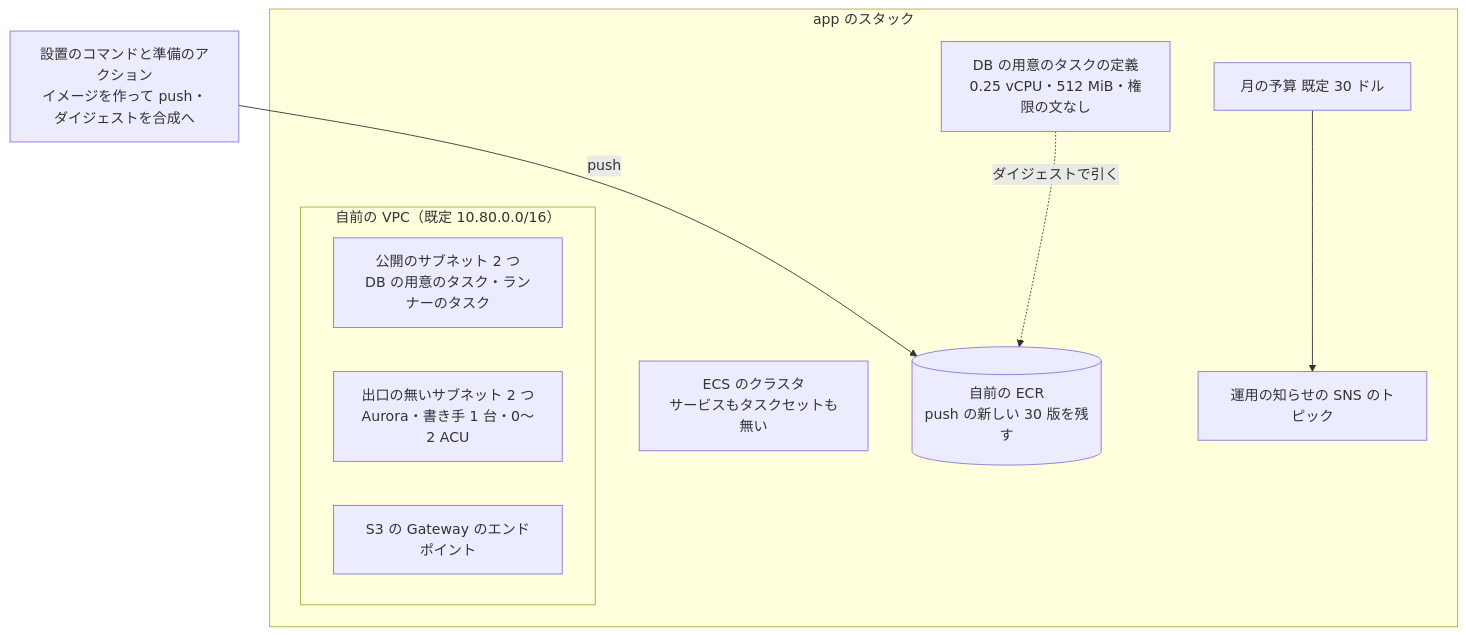
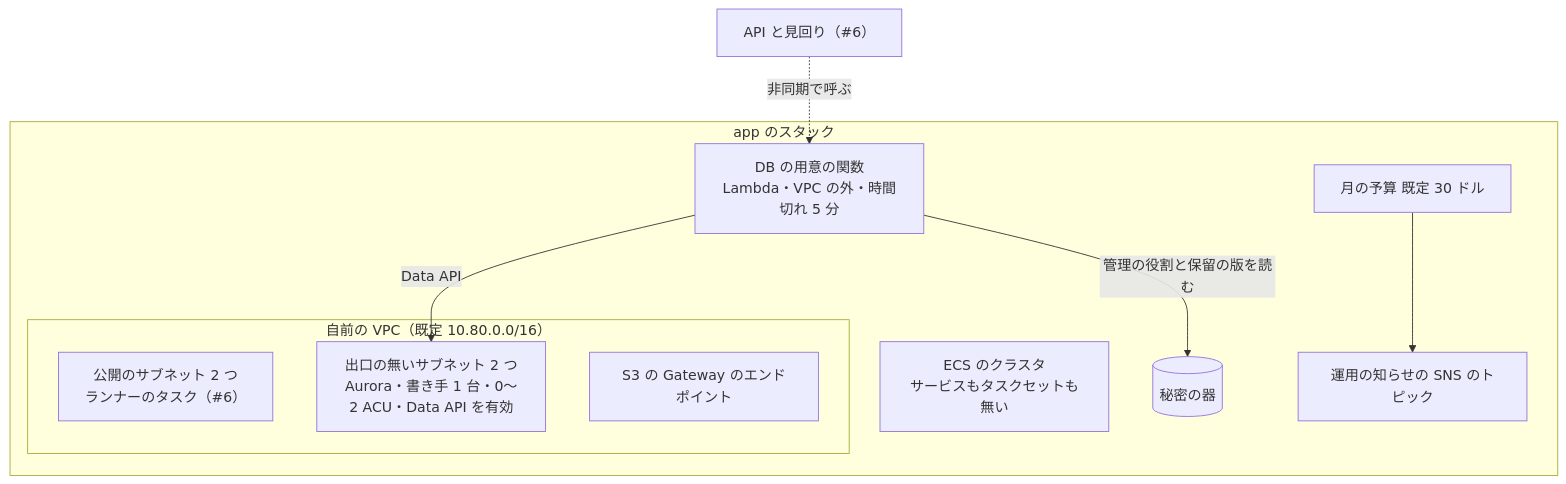
Before and after one commit to devbasex/nd-factory: the second of 3 diagrams in issues/issue-13-design.md, drawn with Mermaid. The commit also changed other lines of this file and 1 other file, not shown here.

First line of the commit message:
Docs: #13 の設計文書と詳細設計を、DB の用意を RDS Data API の関数へ移した形に直す（#13）

````diff
--- a/issues/issue-13-design.md
+++ b/issues/issue-13-design.md
@@ -51,19 +52,20 @@
 ```mermaid
 graph TD
     subgraph STACK[app のスタック]
         subgraph NET["自前の VPC（既定 10.80.0.0/16）"]
-            PUB[公開のサブネット 2 つ<br/>DB の用意のタスク・ランナーのタスク]
-            ISO[出口の無いサブネット 2 つ<br/>Aurora・書き手 1 台・0〜2 ACU]
+            PUB["公開のサブネット 2 つ<br/>ランナーのタスク（#6）"]
+            ISO["出口の無いサブネット 2 つ<br/>Aurora・書き手 1 台・0〜2 ACU・Data API を有効"]
             S3E[S3 の Gateway のエンドポイント]
         end
-        CL[ECS のクラスタ<br/>サービスもタスクセットも無い]
-        TD[DB の用意のタスクの定義<br/>0.25 vCPU・512 MiB・権限の文なし]
-        ECR[(自前の ECR<br/>push の新しい 30 版を残す)]
+        FN["DB の用意の関数<br/>Lambda・VPC の外・時間切れ 5 分"]
+        CL["ECS のクラスタ<br/>サービスもタスクセットも無い"]
+        SM[(秘密の器)]
         OPS[運用の知らせの SNS のトピック]
         BUD[月の予算 既定 30 ドル]
     end
-    SET[設置のコマンドと準備のアクション<br/>イメージを作って push・ダイジェストを合成へ]
+    CALLER["API と見回り（#6）"]
+    CALLER -.->|非同期で呼ぶ| FN
+    FN -->|Data API| ISO
+    FN -->|管理の役割と保留の版を読む| SM
     BUD --> OPS
-    SET -->|push| ECR
-    TD -.->|ダイジェストで引く| ECR
 ```
````
